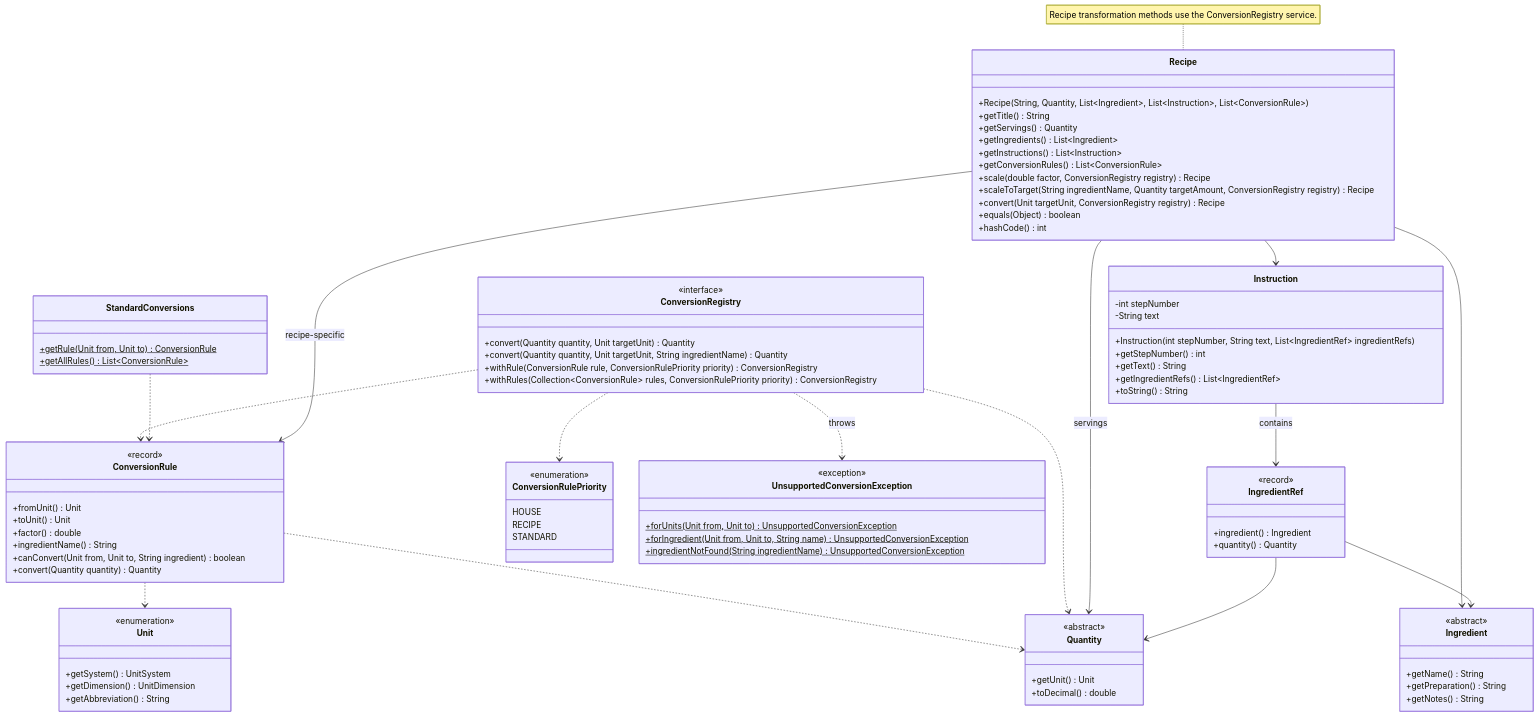
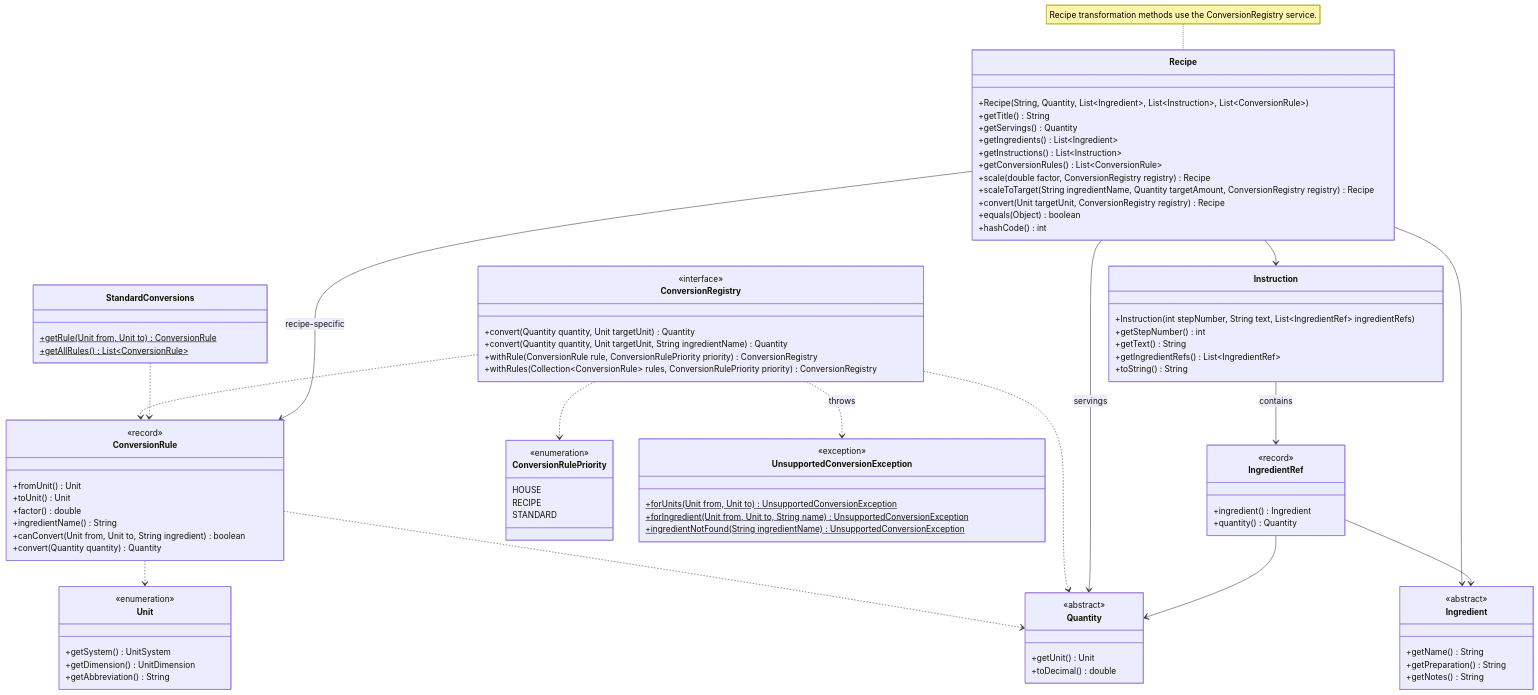
Before and after one commit to neu-pdi/cs3100-public-resources: the diagram in assignments/cyb2-unit-conversion.md, drawn with Mermaid.

Commit message:
Remove private fields from instruction UML

```diff
--- a/assignments/cyb2-unit-conversion.md
+++ b/assignments/cyb2-unit-conversion.md
@@ -234,8 +234,6 @@
     }
 
     class Instruction {
-        -int stepNumber
-        -String text
         +Instruction(int stepNumber, String text, List~IngredientRef~ ingredientRefs)
         +getStepNumber() int
         +getText() String
```
